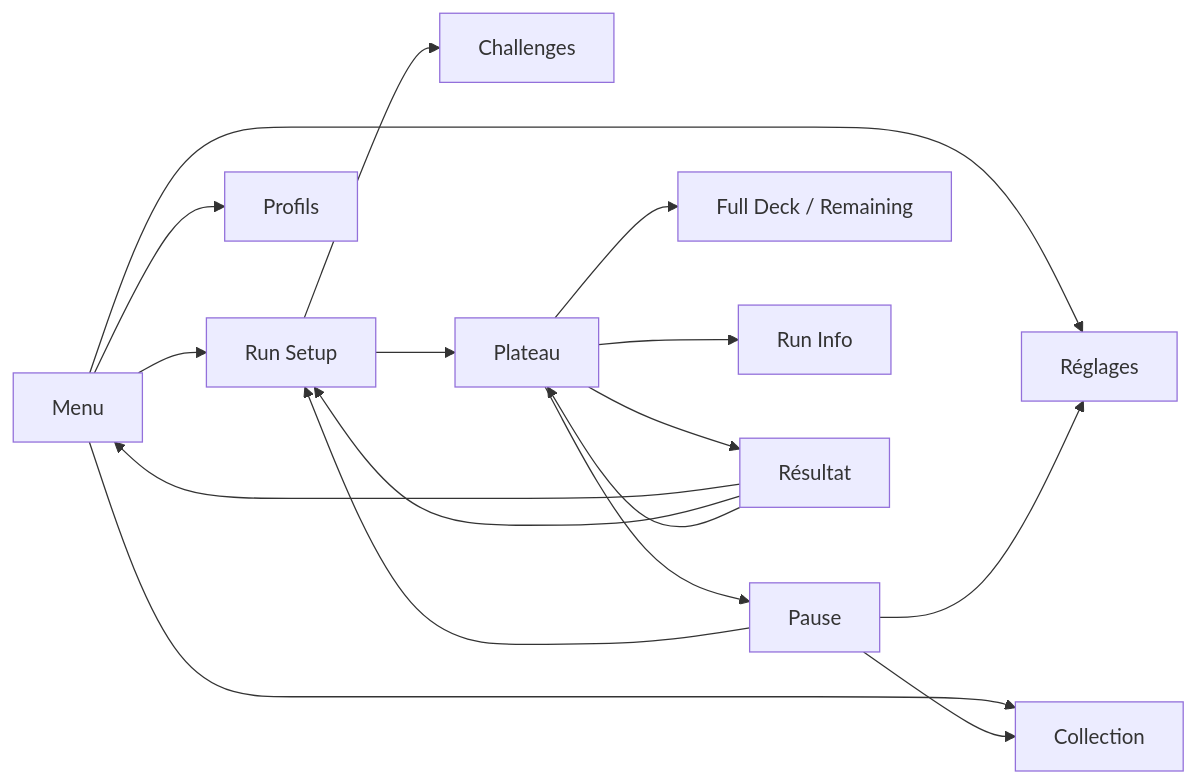
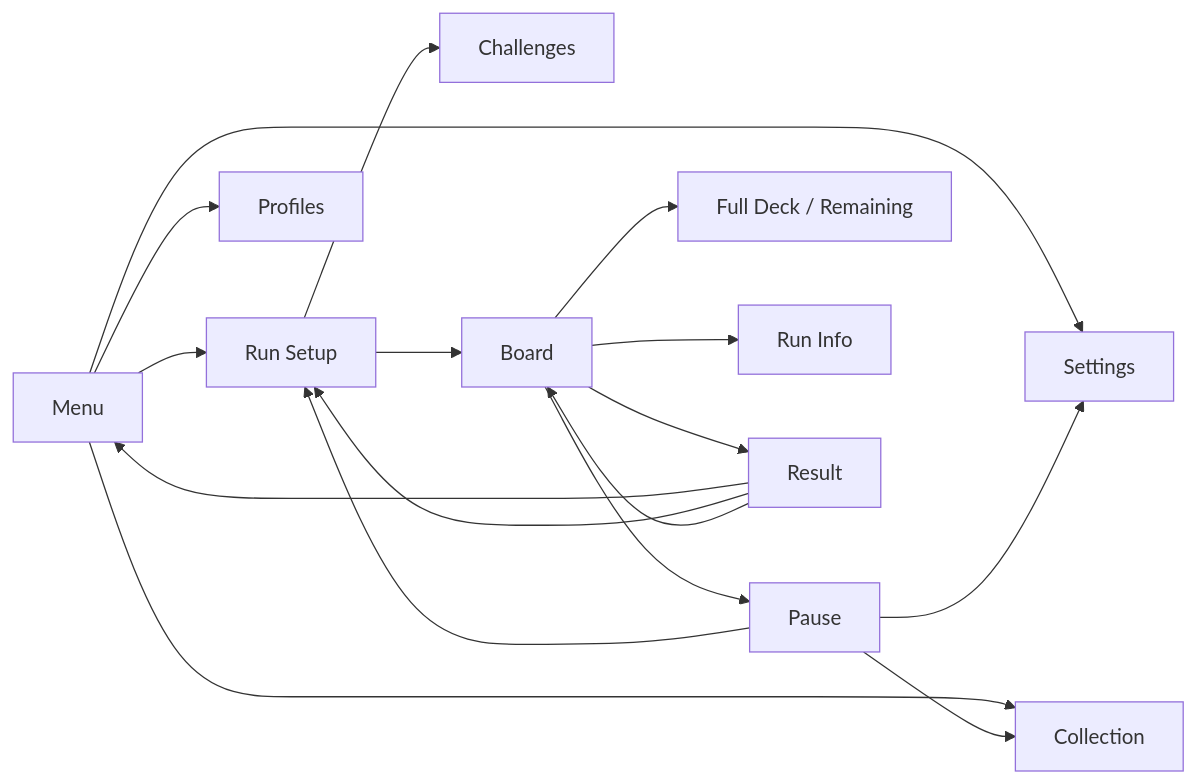
Before and after one commit to Azuuryy/ante: the third of 3 diagrams in docs/UI_LEGACY_GUIDE.md, drawn with Mermaid. The commit also changed other lines of this file and 8 other files, not shown here.

````diff
--- a/docs/UI_LEGACY_GUIDE.md
+++ b/docs/UI_LEGACY_GUIDE.md
@@ -112,19 +112,19 @@
 ```mermaid
 flowchart LR
     Main[Menu] --> Setup[Run Setup]
-    Main --> Profiles[Profils]
+    Main --> Profiles[Profiles]
     Main --> Collection[Collection]
-    Main --> Settings[Réglages]
+    Main --> Settings[Settings]
     Setup --> Challenges[Challenges]
-    Setup --> Run[Plateau]
+    Setup --> Run[Board]
     Run --> Pause[Pause]
     Run --> Deck[Full Deck / Remaining]
     Run --> Info[Run Info]
     Pause --> Settings
     Pause --> Collection
     Pause --> Setup
-    Run --> Result[Résultat]
+    Run --> Result[Result]
     Result --> Main
     Result --> Setup
     Result --> Run
 ```
````
